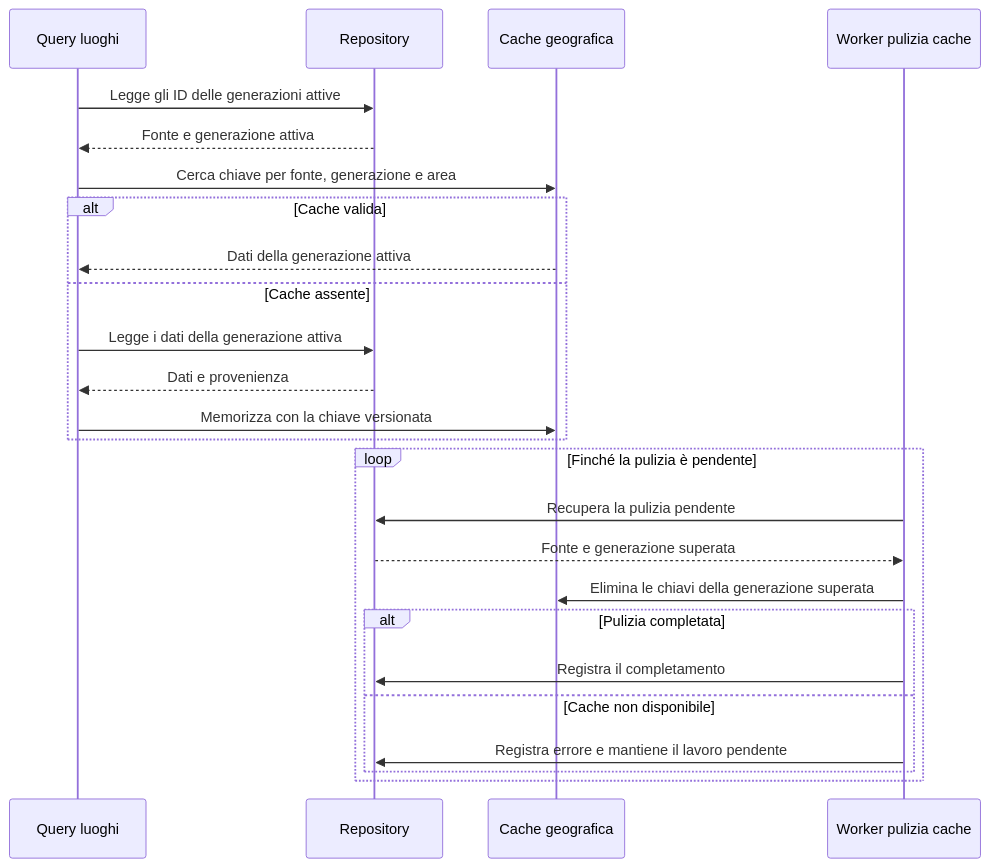
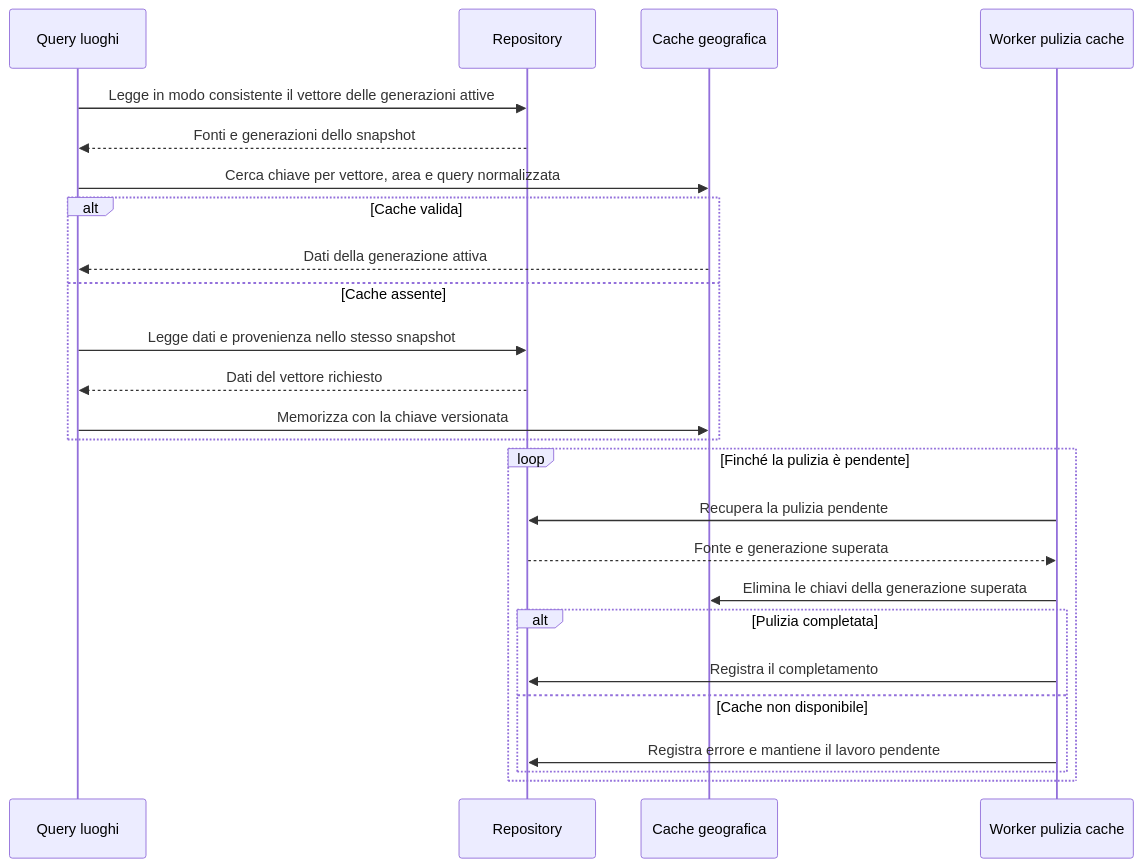
One commit to andreaplini/aegis changed the ninth of 9 diagrams in docs/RAD.md. Above: the diagram before and after it, drawn with Mermaid. The commit also changed other lines of this file and 2 other files, not shown here.

Commit message:
docs: require coherent cache generation snapshots

````diff
--- a/docs/RAD.md
+++ b/docs/RAD.md
@@ -492,28 +492,28 @@
 ```mermaid
 sequenceDiagram
-  accDescr: La query legge dal repository la generazione attiva e usa una chiave cache versionata. Il worker recupera la pulizia pendente e può ripeterla dopo un errore.
+  accDescr: La query legge in modo consistente le generazioni attive e usa una chiave cache versionata. Al cache miss legge i dati nello stesso snapshot. Il worker recupera la pulizia pendente e può ripeterla dopo un errore.
   participant Q as Query luoghi
   participant R as Repository
   participant C as Cache geografica
   participant W as Worker pulizia cache
-  Q->>R: Legge gli ID delle generazioni attive
-  R-->>Q: Fonte e generazione attiva
-  Q->>C: Cerca chiave per fonte, generazione e area
+  Q->>R: Legge in modo consistente il vettore delle generazioni attive
+  R-->>Q: Fonti e generazioni dello snapshot
+  Q->>C: Cerca chiave per vettore, area e query normalizzata
   alt Cache valida
     C-->>Q: Dati della generazione attiva
   else Cache assente
-    Q->>R: Legge i dati della generazione attiva
-    R-->>Q: Dati e provenienza
+    Q->>R: Legge dati e provenienza nello stesso snapshot
+    R-->>Q: Dati del vettore richiesto
     Q->>C: Memorizza con la chiave versionata
   end
   loop Finché la pulizia è pendente
     W->>R: Recupera la pulizia pendente
     R-->>W: Fonte e generazione superata
     W->>C: Elimina le chiavi della generazione superata
     alt Pulizia completata
       W->>R: Registra il completamento
     else Cache non disponibile
       W->>R: Registra errore e mantiene il lavoro pendente
     end
   end
 ```
````
